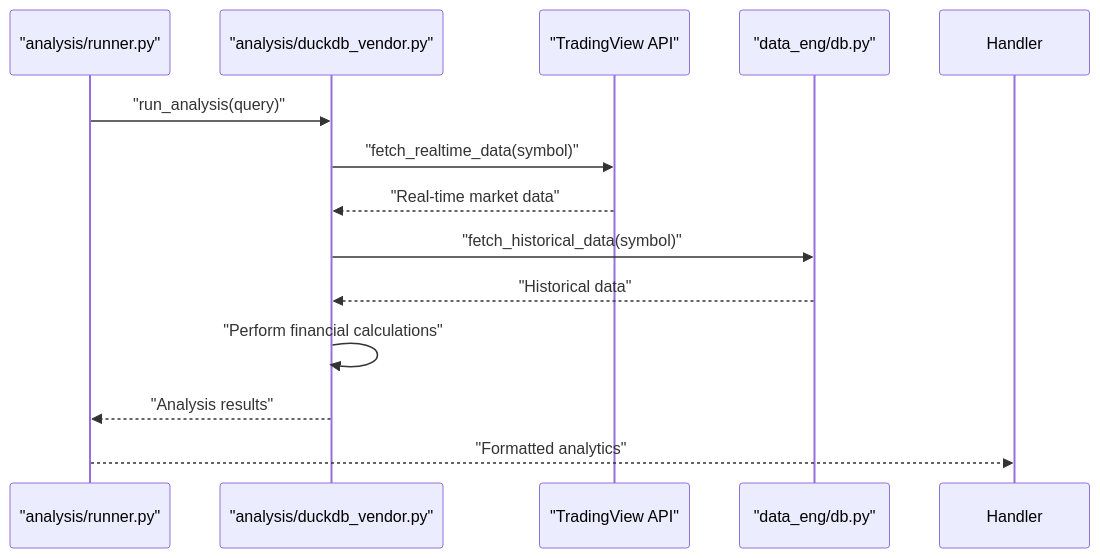
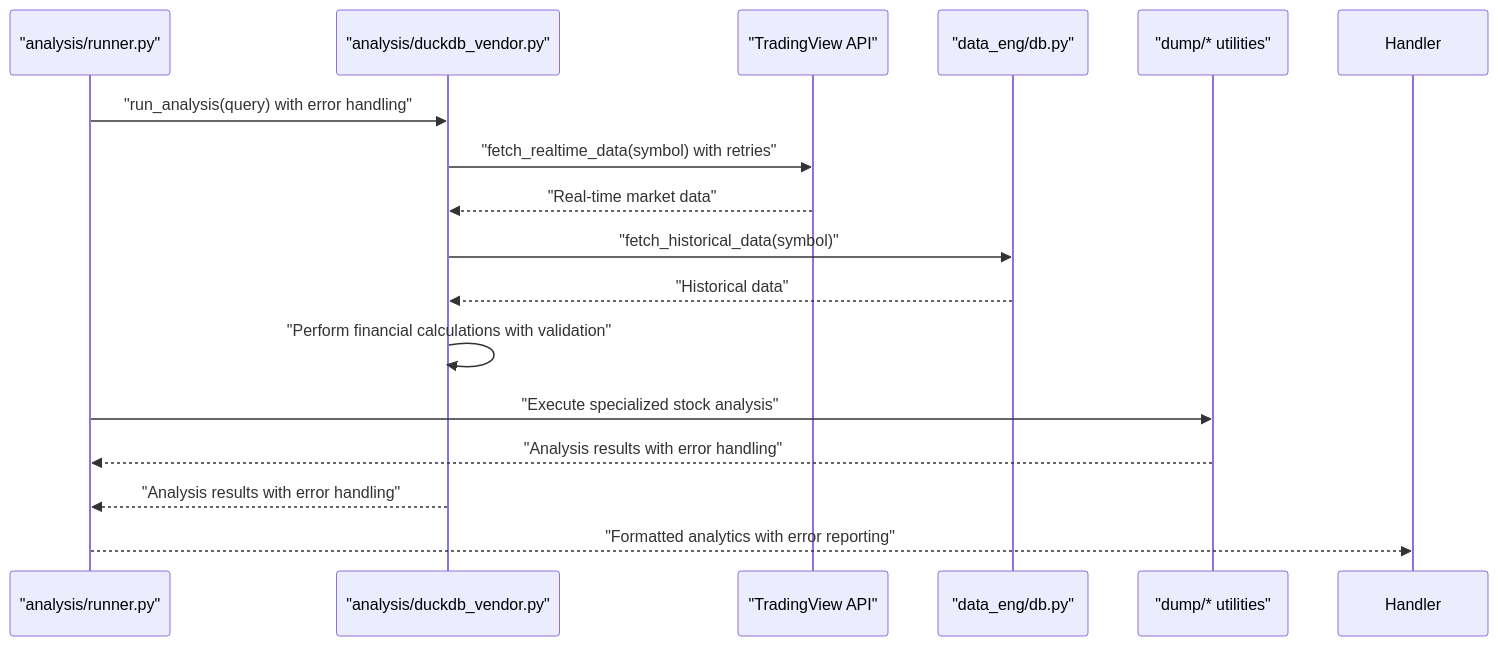
Before and after one commit to ZengSeng/telegram-bot: the ninth of 12 diagrams in .qoder/repowiki/en/content/Core Components/Analysis Framework.md, drawn with Mermaid. The commit also changed other lines of this file and 9 other files, not shown here.

````diff
--- a/.qoder/repowiki/en/content/Core Components/Analysis Framework.md
+++ b/.qoder/repowiki/en/content/Core Components/Analysis Framework.md
@@ -406,15 +447,18 @@
 ```mermaid
 sequenceDiagram
 participant Runner as "analysis/runner.py"
 participant DuckDB as "analysis/duckdb_vendor.py"
 participant TradingView as "TradingView API"
 participant DB as "data_eng/db.py"
-Runner->>DuckDB : "run_analysis(query)"
-DuckDB->>TradingView : "fetch_realtime_data(symbol)"
+participant DumpUtils as "dump/* utilities"
+Runner->>DuckDB : "run_analysis(query) with error handling"
+DuckDB->>TradingView : "fetch_realtime_data(symbol) with retries"
 TradingView-->>DuckDB : "Real-time market data"
 DuckDB->>DB : "fetch_historical_data(symbol)"
 DB-->>DuckDB : "Historical data"
-DuckDB->>DuckDB : "Perform financial calculations"
-DuckDB-->>Runner : "Analysis results"
-Runner-->>Handler : "Formatted analytics"
+DuckDB->>DuckDB : "Perform financial calculations with validation"
+Runner->>DumpUtils : "Execute specialized stock analysis"
+DumpUtils-->>Runner : "Analysis results with error handling"
+DuckDB-->>Runner : "Analysis results with error handling"
+Runner-->>Handler : "Formatted analytics with error reporting"
 ```
````
